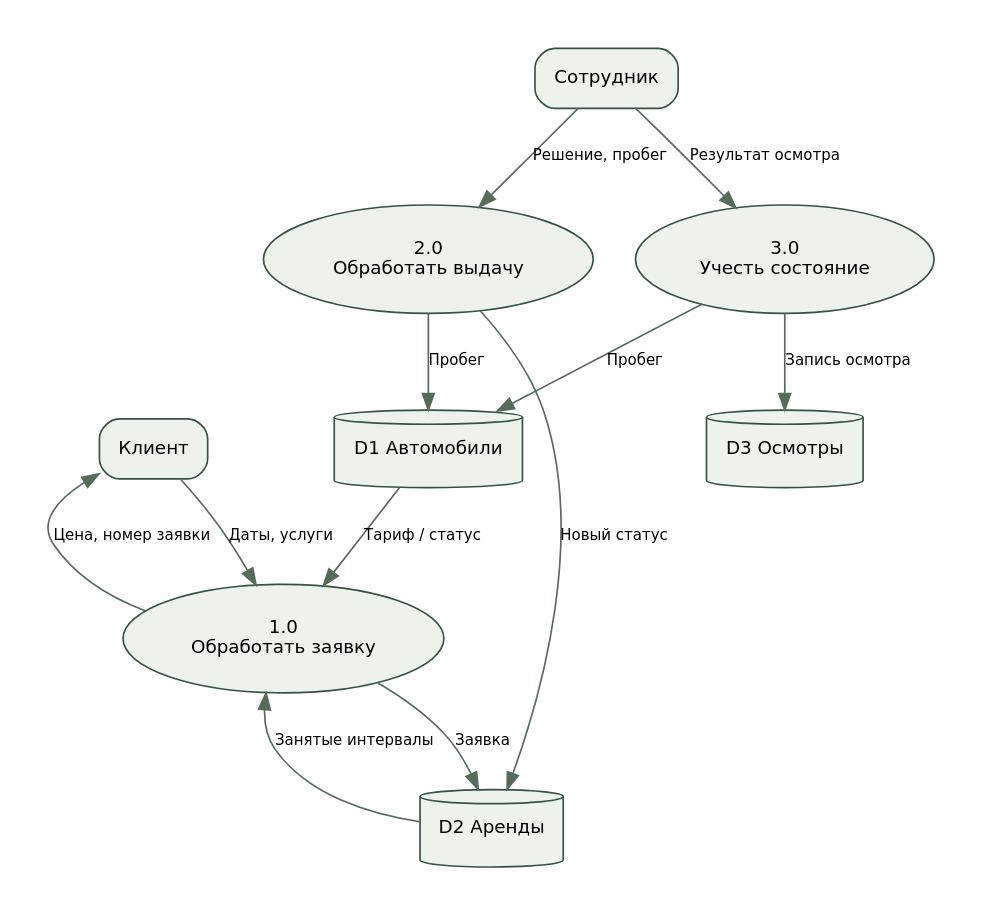
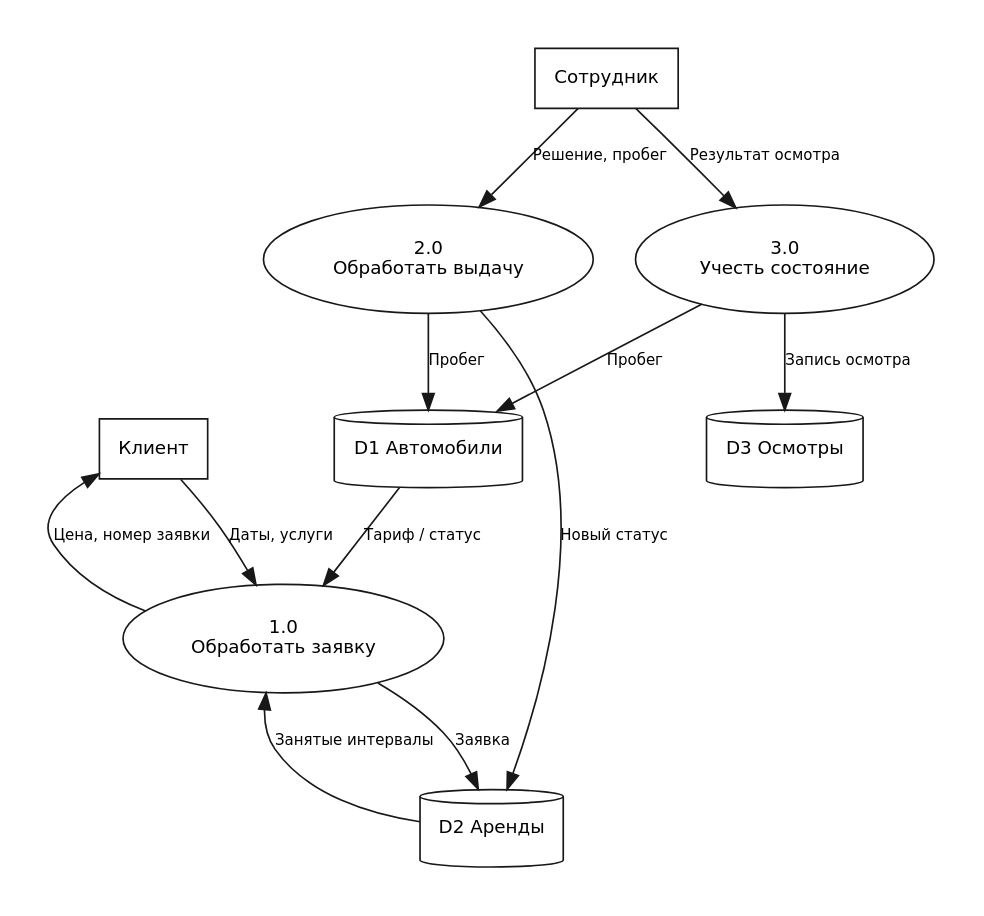
Before and after one commit to alexander2007B/cursovaya: the diagram in docs/diagrams/dfd.dot, drawn with Graphviz. The commit also changed 52 other files, not shown here.

Commit message:
Restyle coursework diagrams and use plain hyphens

```diff
--- a/docs/diagrams/dfd.dot
+++ b/docs/diagrams/dfd.dot
@@ -1,4 +1,4 @@
-digraph G {graph [fontname="DejaVu Sans",bgcolor="white",pad="0.3",ranksep="0.65",nodesep="0.35"]; node [fontname="DejaVu Sans",fontsize=11,shape=box,style="rounded,filled",fillcolor="#edf2eb",color="#355343",margin="0.15"]; edge [fontname="DejaVu Sans",fontsize=9,color="#566c5b"];rankdir=TB; client[label="Клиент",shape=box]; manager[label="Сотрудник",shape=box]; p1[label="1.0
+digraph G {graph [fontname="DejaVu Sans",bgcolor="white",pad="0.3",ranksep="0.65",nodesep="0.35"]; node [fontname="DejaVu Sans",fontsize=11,shape=box,style="filled",fillcolor="white",color="#181818",margin="0.15"]; edge [fontname="DejaVu Sans",fontsize=9,color="#181818"];rankdir=TB; client[label="Клиент",shape=box]; manager[label="Сотрудник",shape=box]; p1[label="1.0
 Обработать заявку",shape=ellipse];p2[label="2.0
 Обработать выдачу",shape=ellipse];p3[label="3.0
 Учесть состояние",shape=ellipse];d1[label="D1 Автомобили",shape=cylinder];d2[label="D2 Аренды",shape=cylinder];d3[label="D3 Осмотры",shape=cylinder];client->p1[label="Даты, услуги"];p1->client[label="Цена, номер заявки"];d1->p1[label="Тариф / статус"];p1->d2[label="Заявка"];d2->p1[label="Занятые интервалы"];manager->p2[label="Решение, пробег"];p2->d2[label="Новый статус"];p2->d1[label="Пробег"];manager->p3[label="Результат осмотра"];p3->d3[label="Запись осмотра"];p3->d1[label="Пробег"];}
```
